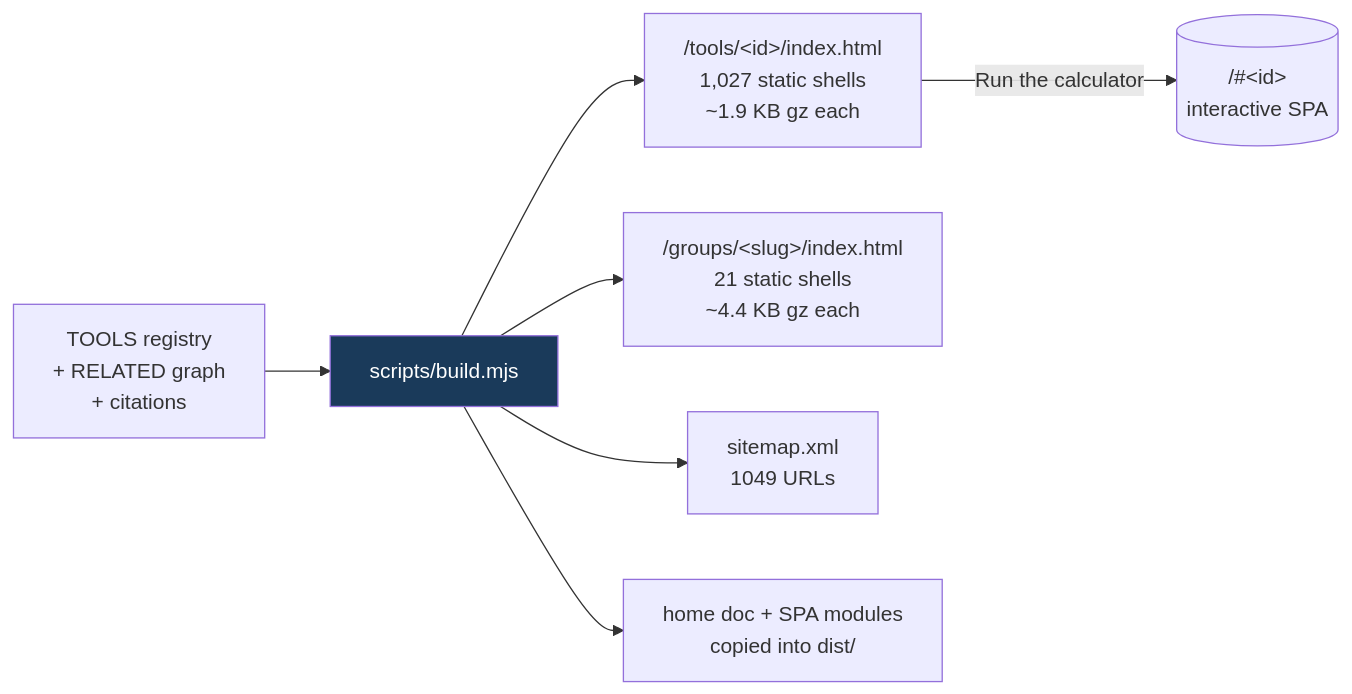
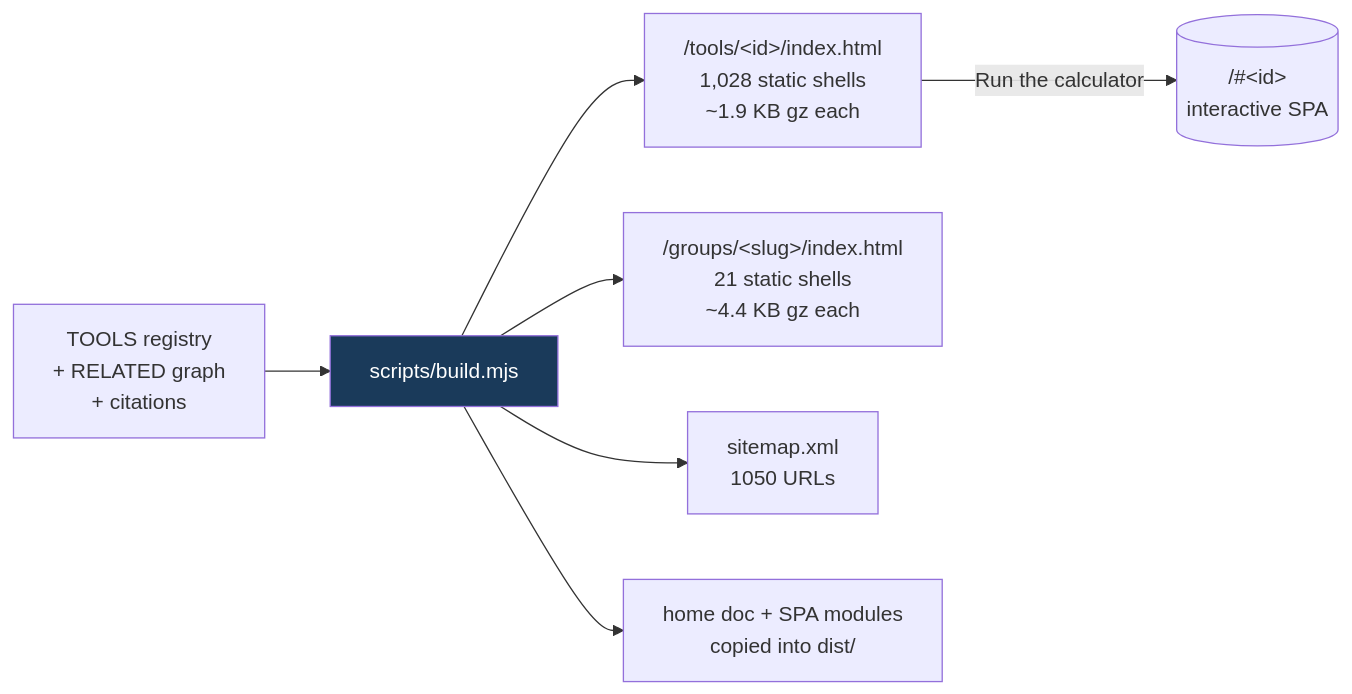
The fifth of 8 diagrams in README.md (clay-good/roughlogic.com), drawn with Mermaid before and after one commit. The commit also changed other lines of this file and 13 other files, not shown here.

````diff
--- a/README.md
+++ b/README.md
@@ -495,10 +495,10 @@
 ```mermaid
 flowchart LR
     SRC[TOOLS registry\n+ RELATED graph\n+ citations] --> BUILD[scripts/build.mjs]
-    BUILD --> TILE["/tools/&lt;id&gt;/index.html\n1,027 static shells\n~1.9 KB gz each"]
+    BUILD --> TILE["/tools/&lt;id&gt;/index.html\n1,028 static shells\n~1.9 KB gz each"]
     BUILD --> GROUP["/groups/&lt;slug&gt;/index.html\n21 static shells\n~4.4 KB gz each"]
-    BUILD --> MAP["sitemap.xml\n1049 URLs"]
+    BUILD --> MAP["sitemap.xml\n1050 URLs"]
     BUILD --> COPY[home doc + SPA modules\ncopied into dist/]
     TILE -->|Run the calculator| SPA[("/#&lt;id&gt;\ninteractive SPA")]
     style BUILD fill:#1a3a5a,color:#fff
 ```
````
